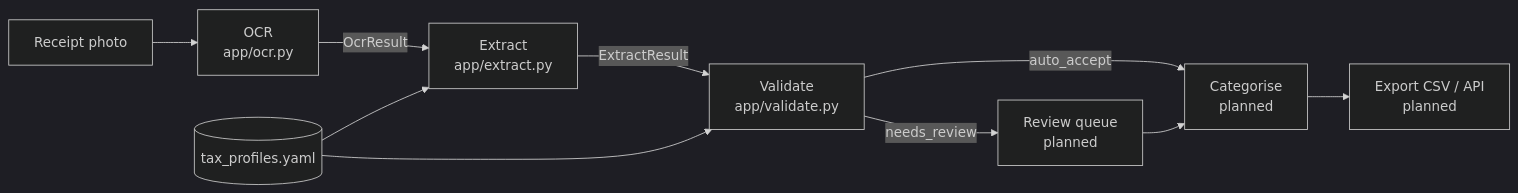
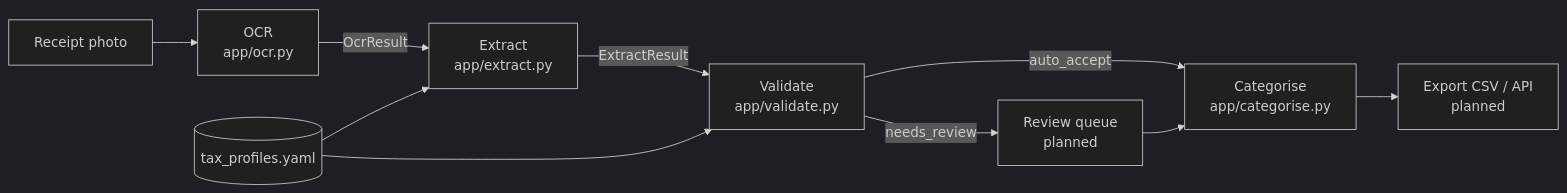
One commit to SubodhAmbade/ai-expense-tool changed the diagram in docs/GUIDE.md. Above: the diagram before and after it, drawn with Mermaid (dark theme). The commit also changed other lines of this file and 8 other files, not shown here.

````diff
--- a/docs/GUIDE.md
+++ b/docs/GUIDE.md
@@ -89,12 +97,12 @@
 ```mermaid
 flowchart LR
     A[Receipt photo] --> B[OCR<br/>app/ocr.py]
     B -->|OcrResult| C[Extract<br/>app/extract.py]
     C -->|ExtractResult| D[Validate<br/>app/validate.py]
     P[(tax_profiles.yaml)] --> C
     P --> D
-    D -->|auto_accept| E[Categorise<br/>planned]
+    D -->|auto_accept| E[Categorise<br/>app/categorise.py]
     D -->|needs_review| R[Review queue<br/>planned]
     R --> E
     E --> X[Export CSV / API<br/>planned]
 ```
````
